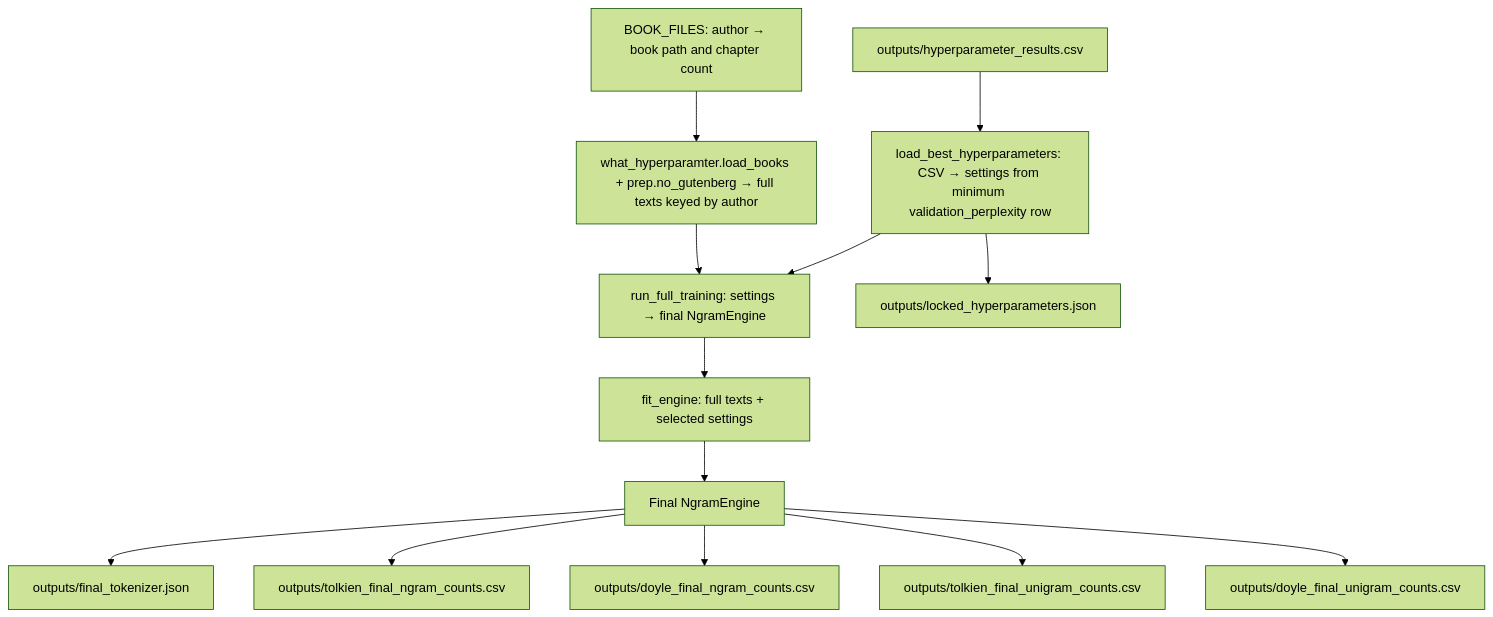
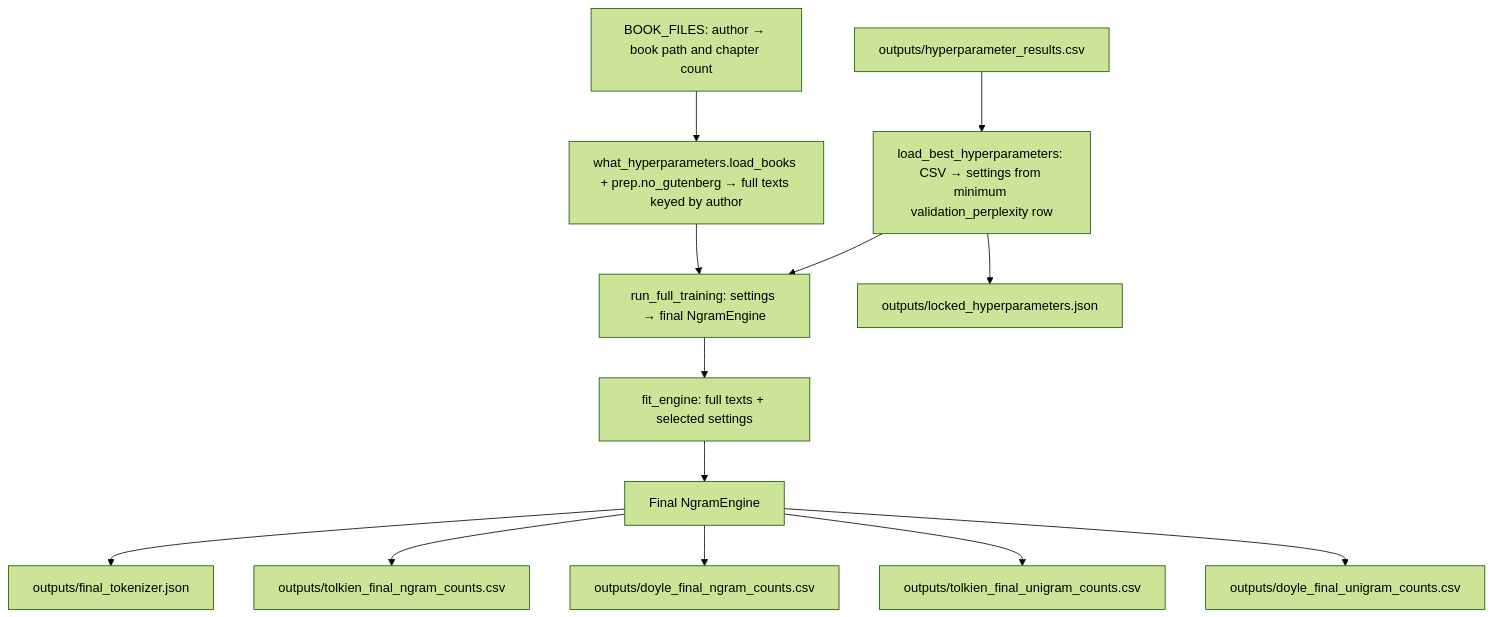
The fourth of 6 diagrams in PIPELINES.md (lily-harper/elementary_watson), drawn with Mermaid (forest theme) before and after one commit. The commit also changed other lines of this file and 3 other files, not shown here.

````diff
--- a/PIPELINES.md
+++ b/PIPELINES.md
@@ -90,15 +90,15 @@
 ```mermaid
 flowchart TD
     CSV["outputs/hyperparameter_results.csv"] --> Best["load_best_hyperparameters: CSV → settings from minimum validation_perplexity row"]
     Best --> Full["run_full_training: settings → final NgramEngine"]
-    Books["BOOK_FILES: author → book path and chapter count"] --> Read["what_hyperparamter.load_books + prep.no_gutenberg → full texts keyed by author"]
+    Books["BOOK_FILES: author → book path and chapter count"] --> Read["what_hyperparameters.load_books + prep.no_gutenberg → full texts keyed by author"]
     Read --> Full
     Full --> Fit["fit_engine: full texts + selected settings"]
     Fit --> Engine["Final NgramEngine"]
     Best --> JSON["outputs/locked_hyperparameters.json"]
     Engine --> Tok["outputs/final_tokenizer.json"]
     Engine --> Tolkien["outputs/tolkien_final_ngram_counts.csv"]
     Engine --> Doyle["outputs/doyle_final_ngram_counts.csv"]
     Engine --> TolkienUni["outputs/tolkien_final_unigram_counts.csv"]
     Engine --> DoyleUni["outputs/doyle_final_unigram_counts.csv"]
 ```
````
